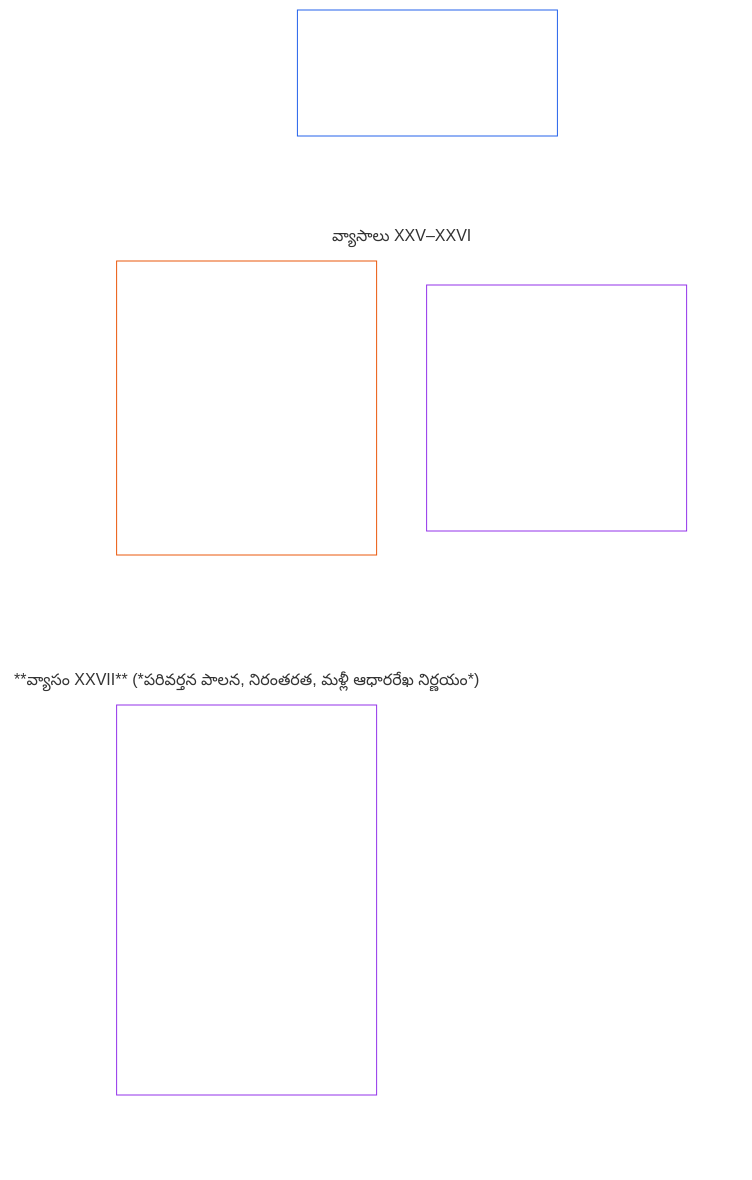
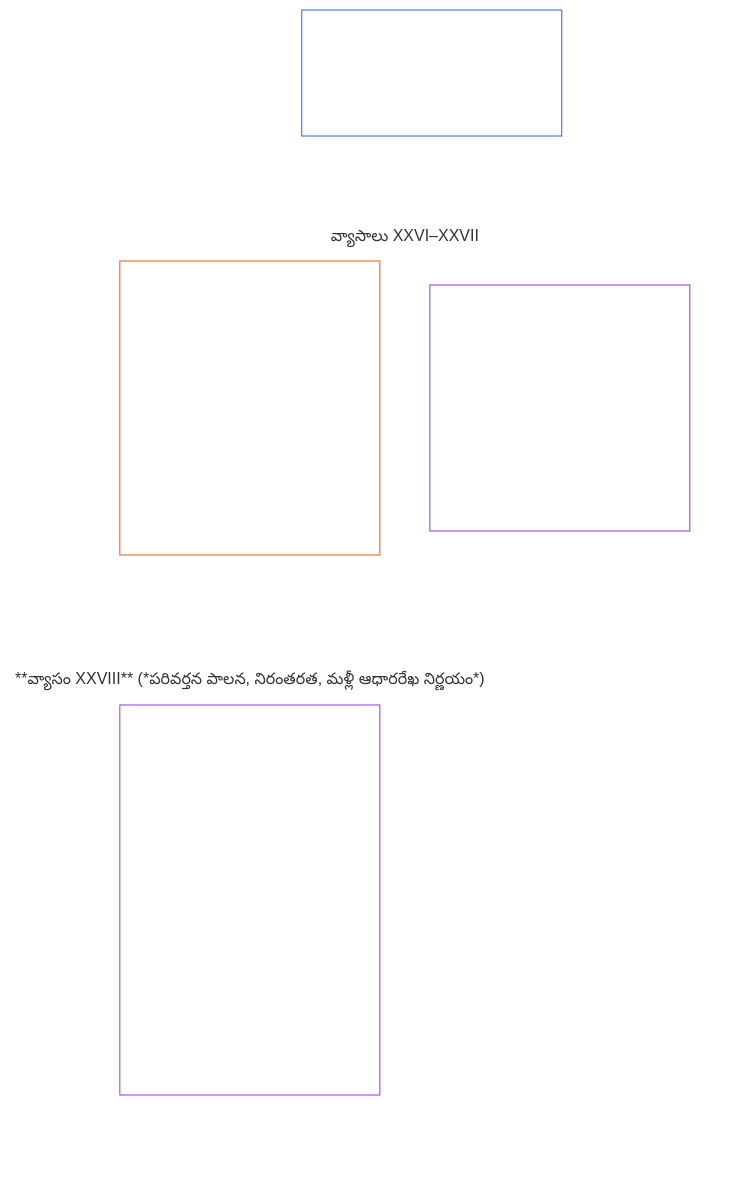
The diagram in translations/te/core_06_rights_part_e.md (kfoelsch/Sentient_Constitution), drawn with Mermaid (forest theme) before and after one commit. The commit also changed other lines of this file and 353 other files, not shown here.

````diff
--- a/translations/te/core_06_rights_part_e.md
+++ b/translations/te/core_06_rights_part_e.md
@@ -40,24 +40,24 @@
 ```mermaid
 flowchart TB
     D0["భాగం E<br/><br/>ఘర్షణ పరిష్కారం, సమీక్ష, రాజ్యాంగ పరిణామం, పరివర్తన"]
     subgraph Dgrid[" "]
         direction TB
-        subgraph Drow1["వ్యాసాలు XXV–XXVI"]
-            D1["**వ్యాసం XXV** (*సకాలిక గతసమీక్ష, పునరుద్ధరణాత్మక సమన్వయం*) · సకాలిక గతసమీక్ష, పునరుద్ధరణాత్మక సమన్వయం<br/><br/>• గతసమీక్ష, వెల్లడింపు<br/>• హక్కుల ఘర్షణ ప్రక్రియ<br/>• పునరుద్ధరణాత్మక సమన్వయం<br/>• సకాలిక పరిష్కారం, ఆలస్య నిరోధం"]
-            D2["**వ్యాసం XXVI** (*రాజ్యాంగ పరిణామం, స్థిరపరచకపోవడం*) · రాజ్యాంగ పరిణామం, స్థిరపరచకపోవడం<br/><br/>• స్థిరపరచకపోవడం, పునఃపరిశీలన సాధ్యత<br/>• కాలానుగుణ ధృవీకరణ, పారదర్శక మార్పు"]
+        subgraph Drow1["వ్యాసాలు XXVI–XXVII"]
+            D1["**వ్యాసం XXVI** (*సకాలిక గతసమీక్ష, పునరుద్ధరణాత్మక సమన్వయం*) · సకాలిక గతసమీక్ష, పునరుద్ధరణాత్మక సమన్వయం<br/><br/>• గతసమీక్ష, వెల్లడింపు<br/>• హక్కుల ఘర్షణ ప్రక్రియ<br/>• పునరుద్ధరణాత్మక సమన్వయం<br/>• సకాలిక పరిష్కారం, ఆలస్య నిరోధం"]
+            D2["**వ్యాసం XXVII** (*రాజ్యాంగ పరిణామం, స్థిరపరచకపోవడం*) · రాజ్యాంగ పరిణామం, స్థిరపరచకపోవడం<br/><br/>• స్థిరపరచకపోవడం, పునఃపరిశీలన సాధ్యత<br/>• కాలానుగుణ ధృవీకరణ, పారదర్శక మార్పు"]
         end
-        subgraph Drow2["**వ్యాసం XXVII** (*పరివర్తన పాలన, నిరంతరత, మళ్లీ ఆధారరేఖ నిర్ణయం*)"]
-            D3["**వ్యాసం XXVII** (*పరివర్తన పాలన, నిరంతరత, మళ్లీ ఆధారరేఖ నిర్ణయం*) · పరివర్తన పాలన, నిరంతరత, మళ్లీ ఆధారరేఖ నిర్ణయం<br/><br/>• దశలవారీ స్వీకరణ, హక్కుల కనీస స్థాయి నిరంతరత<br/>• పరివర్తన అధికారాలు, పునఃఅధికారీకరణ<br/>• వైఫల్య నిష్క్రమణలు, మళ్లీ ఆధారరేఖ నిర్ణయం, అనుసరణీయత<br/>• అనుగుణం కాని ఆస్తి, వ్యవస్థలు"]
+        subgraph Drow2["**వ్యాసం XXVIII** (*పరివర్తన పాలన, నిరంతరత, మళ్లీ ఆధారరేఖ నిర్ణయం*)"]
+            D3["**వ్యాసం XXVIII** (*పరివర్తన పాలన, నిరంతరత, మళ్లీ ఆధారరేఖ నిర్ణయం*) · పరివర్తన పాలన, నిరంతరత, మళ్లీ ఆధారరేఖ నిర్ణయం<br/><br/>• దశలవారీ స్వీకరణ, హక్కుల కనీస స్థాయి నిరంతరత<br/>• పరివర్తన అధికారాలు, పునఃఅధికారీకరణ<br/>• వైఫల్య నిష్క్రమణలు, మళ్లీ ఆధారరేఖ నిర్ణయం, అనుసరణీయత<br/>• అనుగుణం కాని ఆస్తి, వ్యవస్థలు"]
         end
     end
     %% కనిపించని లింకులు రెండు నిలువు వరుసల గ్రిడ్‌ను నిర్బంధిస్తాయి: ప్రతి లింక్ లక్ష్యాన్ని ఒక స్థాయి దిగువన ఉంచుతుంది.
     D0 ~~~ D1 & D2
     D1 ~~~ D3
     style Dgrid fill:none,stroke:none
     style Drow1 fill:none,stroke:none
     style Drow2 fill:none,stroke:none
     style D0 fill:none,stroke:#2563eb,color:#ffffff
     style D1 fill:none,stroke:#ea580c,color:#ffffff
     style D2 fill:none,stroke:#9333ea,color:#ffffff
     style D3 fill:none,stroke:#9333ea,color:#ffffff
 ```
````
